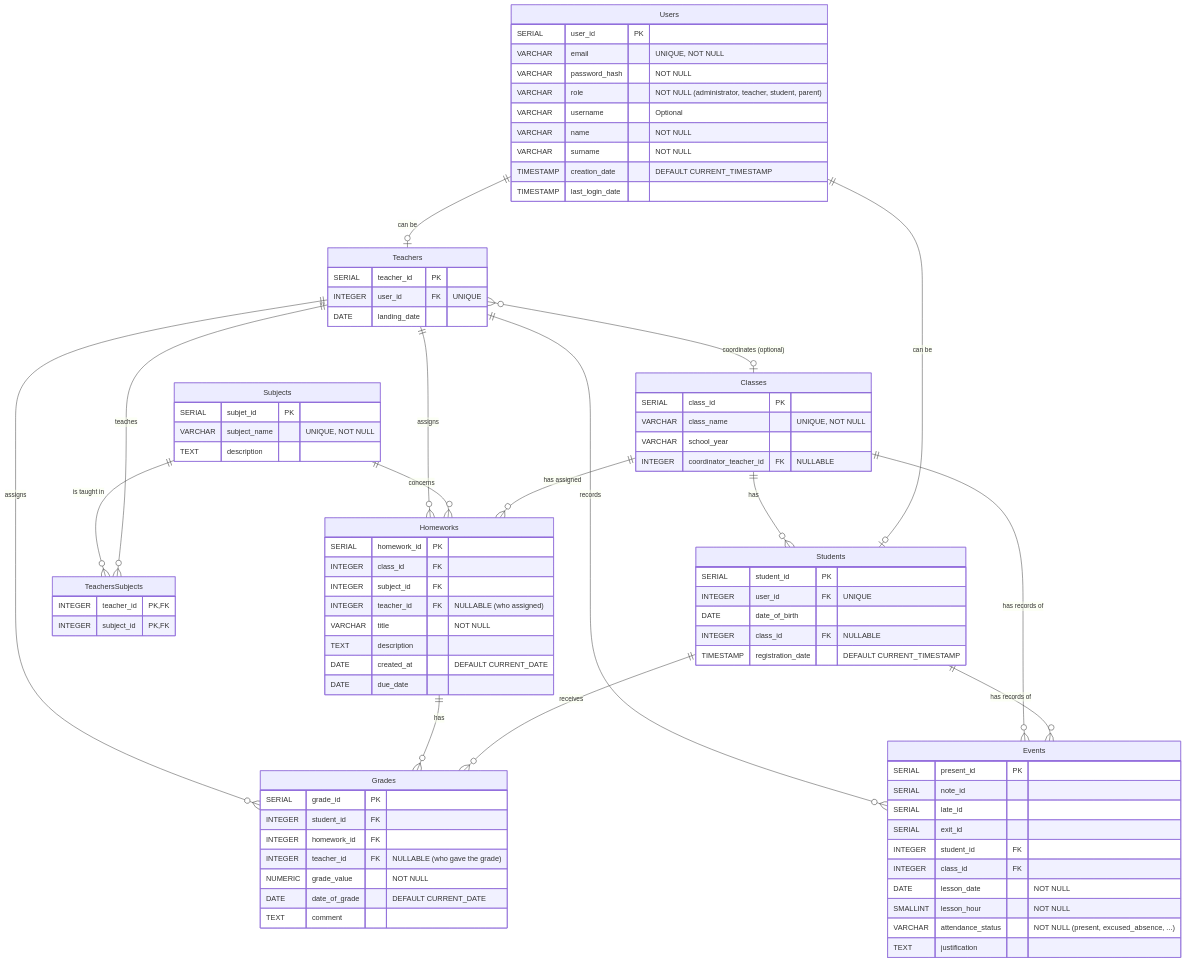
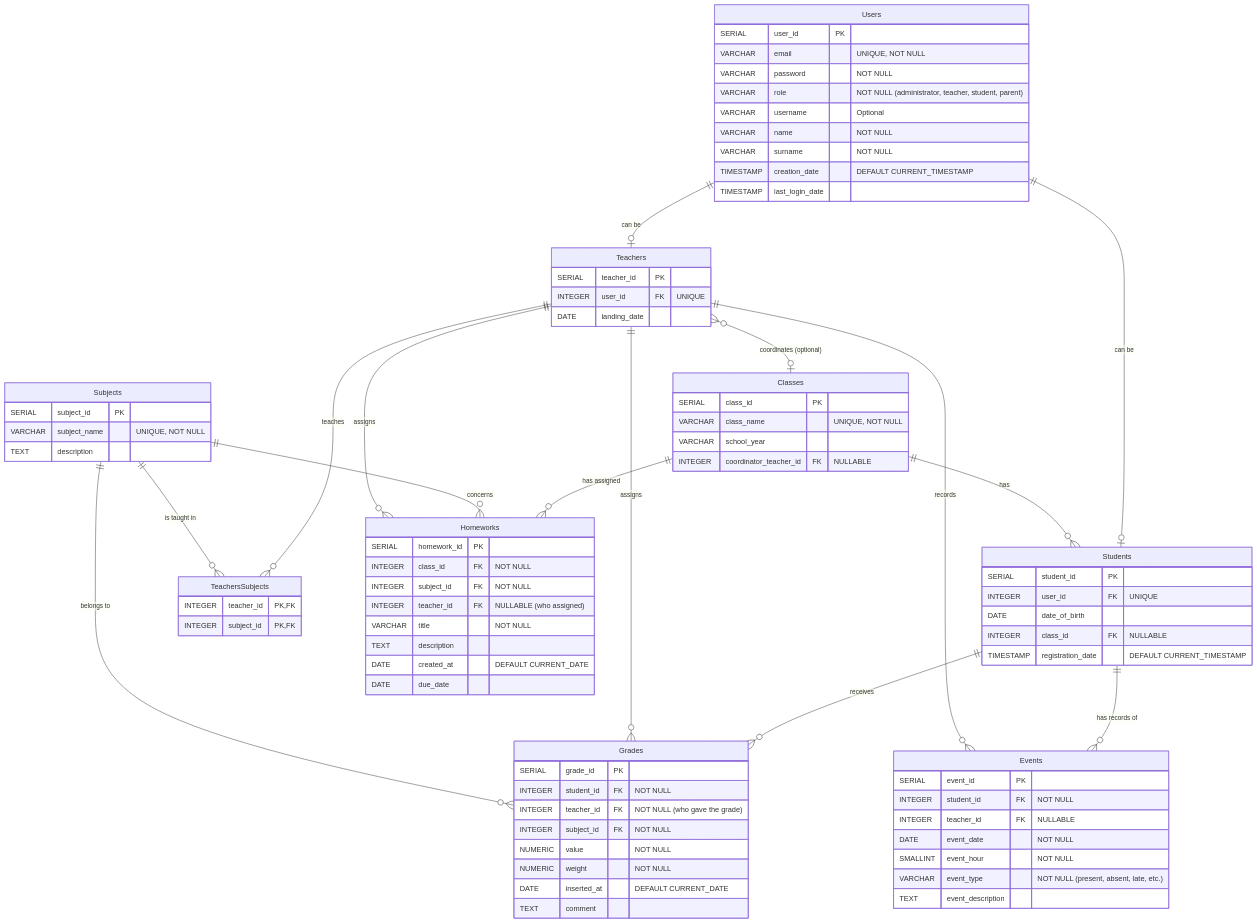
Before and after one commit to lucafacchini0/best-electronic-register: the diagram in docs/database_view_er.md, drawn with Mermaid.

Commit message:
db: update ER model

````diff
--- a/docs/database_view_er.md
+++ b/docs/database_view_er.md
@@ -3,7 +3,7 @@
         Users {
             SERIAL user_id PK
             VARCHAR email "UNIQUE, NOT NULL"
-            VARCHAR password_hash "NOT NULL"
+            VARCHAR password "NOT NULL"
             VARCHAR role "NOT NULL (administrator, teacher, student, parent)"
             VARCHAR username "Optional"
             VARCHAR name "NOT NULL"
@@ -34,7 +34,7 @@
         }
 
         Subjects {
-            SERIAL subjet_id PK
+            SERIAL subject_id PK
             VARCHAR subject_name "UNIQUE, NOT NULL"
             TEXT description
         }
@@ -46,8 +46,8 @@
 
         Homeworks {
             SERIAL homework_id PK
-            INTEGER class_id FK
-            INTEGER subject_id FK
+            INTEGER class_id FK "NOT NULL"
+            INTEGER subject_id FK "NOT NULL"
             INTEGER teacher_id FK "NULLABLE (who assigned)"
             VARCHAR title "NOT NULL"
             TEXT description
@@ -57,27 +57,24 @@
 
         Grades {
             SERIAL grade_id PK
-            INTEGER student_id FK
-            INTEGER homework_id FK
-            INTEGER teacher_id FK "NULLABLE (who gave the grade)"
-            NUMERIC grade_value "NOT NULL"
-            DATE date_of_grade "DEFAULT CURRENT_DATE"
+            INTEGER student_id FK "NOT NULL"
+            INTEGER teacher_id FK "NOT NULL (who gave the grade)"
+            INTEGER subject_id FK "NOT NULL"
+            NUMERIC value "NOT NULL"
+            NUMERIC weight "NOT NULL"
+            DATE inserted_at "DEFAULT CURRENT_DATE"
             TEXT comment
-            %% UNIQUE (student_id, homework_id)
         }
 
         Events {
-            SERIAL present_id PK
-            SERIAL note_id
-            SERIAL late_id
-            SERIAL exit_id
-            INTEGER student_id FK
-            INTEGER class_id FK
-            DATE lesson_date "NOT NULL"
-            SMALLINT lesson_hour "NOT NULL"
-            VARCHAR attendance_status "NOT NULL (present, excused_absence, ...)"
-            TEXT justification
-            %% UNIQUE (student_id, lesson_date, lesson_hour)
+            SERIAL event_id PK
+            INTEGER student_id FK "NOT NULL"
+            INTEGER teacher_id FK "NULLABLE"
+            DATE event_date "NOT NULL"
+            SMALLINT event_hour "NOT NULL"
+            VARCHAR event_type "NOT NULL (present, absent, late, etc.)"
+            TEXT event_description
+            %% UNIQUE (student_id, event_date, event_hour)
         }
 
         Users ||--o| Students : "can be"
@@ -94,11 +91,10 @@
         Teachers ||--o{ Homeworks : "assigns"
 
         Students ||--o{ Grades : "receives"
-        Homeworks ||--o{ Grades : "has"
         Teachers ||--o{ Grades : "assigns"
+        Subjects ||--o{ Grades : "belongs to"
 
         Students ||--o{ Events : "has records of"
-        Classes ||--o{ Events : "has records of"
         Teachers ||--o{ Events : "records"
 
         %% Comments on foreign keys and constraints:
@@ -112,10 +108,8 @@
         %% Homeworks.subject_id -> Subjects.subject_id (ON DELETE CASCADE)
         %% Homeworks.teacher_id -> Teachers.teacher_id (ON DELETE SET NULL)
         %% Grades.student_id -> Students.student_id (ON DELETE CASCADE)
-        %% Grades.homework_id -> Homeworks.homework_id (ON DELETE CASCADE)
         %% Grades.teacher_id -> Teachers.teacher_id (ON DELETE SET NULL)
+        %% Grades.subject_id -> Subjects.subject_id (ON DELETE CASCADE)
         %% Events.student_id -> Students.student_id (ON DELETE CASCADE)
-        %% Events.class_id -> Classes.class_id (ON DELETE CASCADE)
-        %% Grades: UNIQUE (student_id, homework_id)
-        %% Events: UNIQUE (student_id, lesson_date, lesson_hour)
+        %% Events: UNIQUE (student_id, event_date, event_hour)
 ```
````
